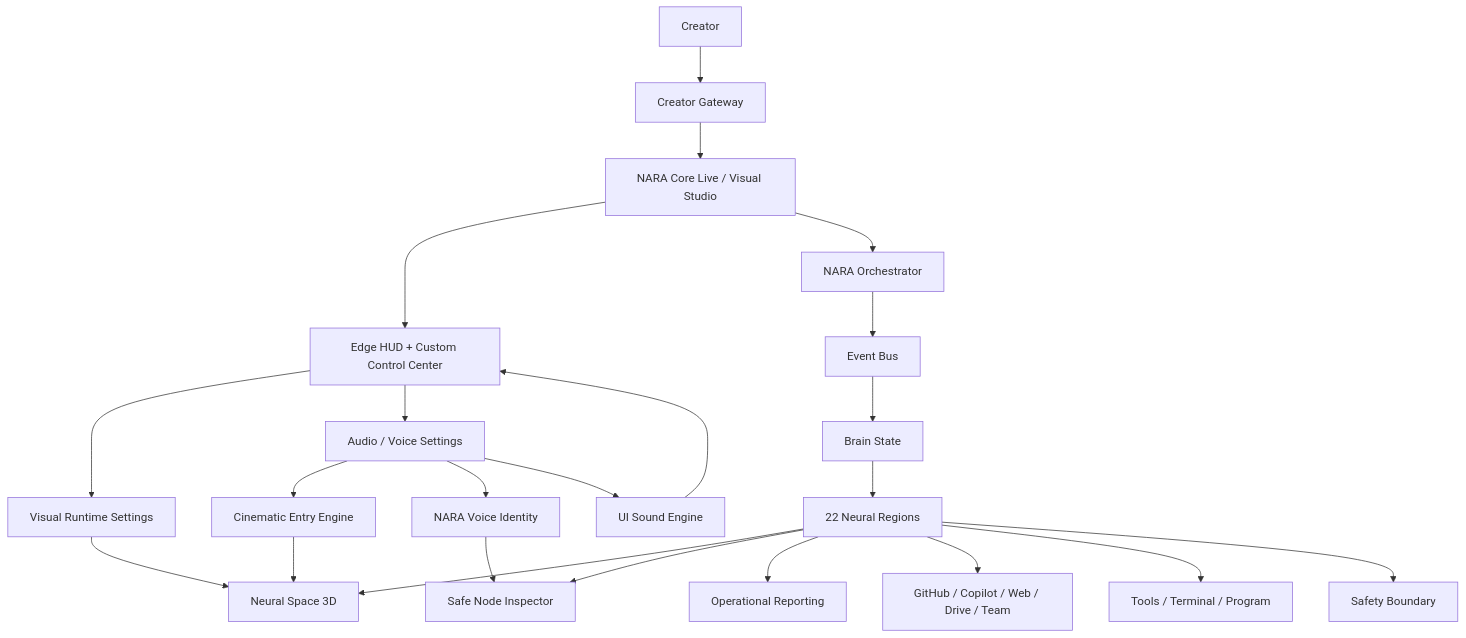
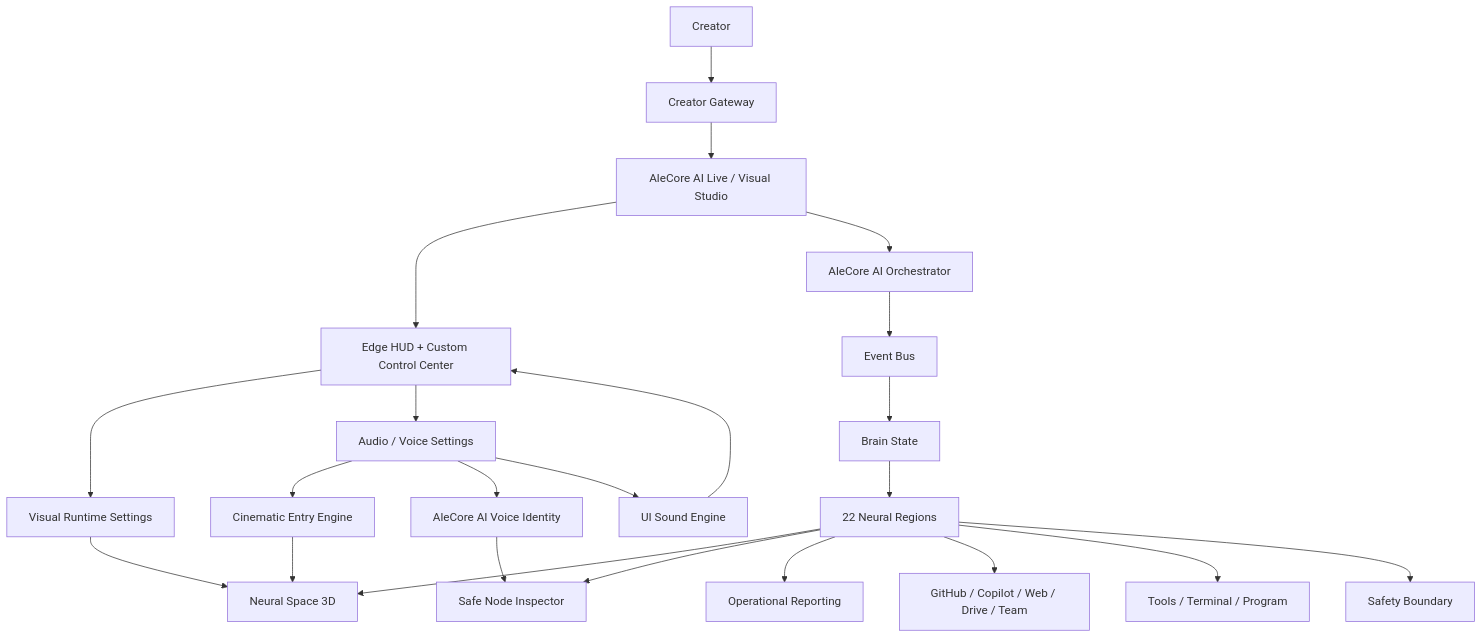
One commit to Kmpsnr26/entitashuman changed the first of 4 diagrams in nara-core/studio/NARA_SYSTEM_ARCHITECTURE.md. Above: the diagram before and after it, drawn with Mermaid. The commit also changed other lines of this file and 5 other files, not shown here.

Commit message:
docs(alecore): align architecture and readiness documentation

````diff
--- a/nara-core/studio/NARA_SYSTEM_ARCHITECTURE.md
+++ b/nara-core/studio/NARA_SYSTEM_ARCHITECTURE.md
@@ -7,29 +7,29 @@
 ```mermaid
 flowchart TD
     CREATOR[Creator] --> GATE[Creator Gateway]
-    GATE --> STUDIO[NARA Core Live / Visual Studio]
+    GATE --> STUDIO[AleCore AI Live / Visual Studio]
     STUDIO --> UI[Edge HUD + Custom Control Center]
-    STUDIO --> ORCH[NARA Orchestrator]
+    STUDIO --> ORCH[AleCore AI Orchestrator]
     ORCH --> BUS[Event Bus]
     BUS --> STATE[Brain State]
     STATE --> REGIONS[22 Neural Regions]
     REGIONS --> SPACE[Neural Space 3D]
     REGIONS --> INSPECT[Safe Node Inspector]
     REGIONS --> REPORT[Operational Reporting]
 
     UI --> VISUAL[Visual Runtime Settings]
     UI --> AUDIO[Audio / Voice Settings]
 
     VISUAL --> SPACE
     AUDIO --> ENTRY[Cinematic Entry Engine]
-    AUDIO --> VOICE[NARA Voice Identity]
+    AUDIO --> VOICE[AleCore AI Voice Identity]
     AUDIO --> UISFX[UI Sound Engine]
 
     ENTRY --> SPACE
     VOICE --> INSPECT
     UISFX --> UI
 
     REGIONS --> CONNECT[GitHub / Copilot / Web / Drive / Team]
     REGIONS --> EXEC[Tools / Terminal / Program]
     REGIONS --> SAFE[Safety Boundary]
 ```
````
